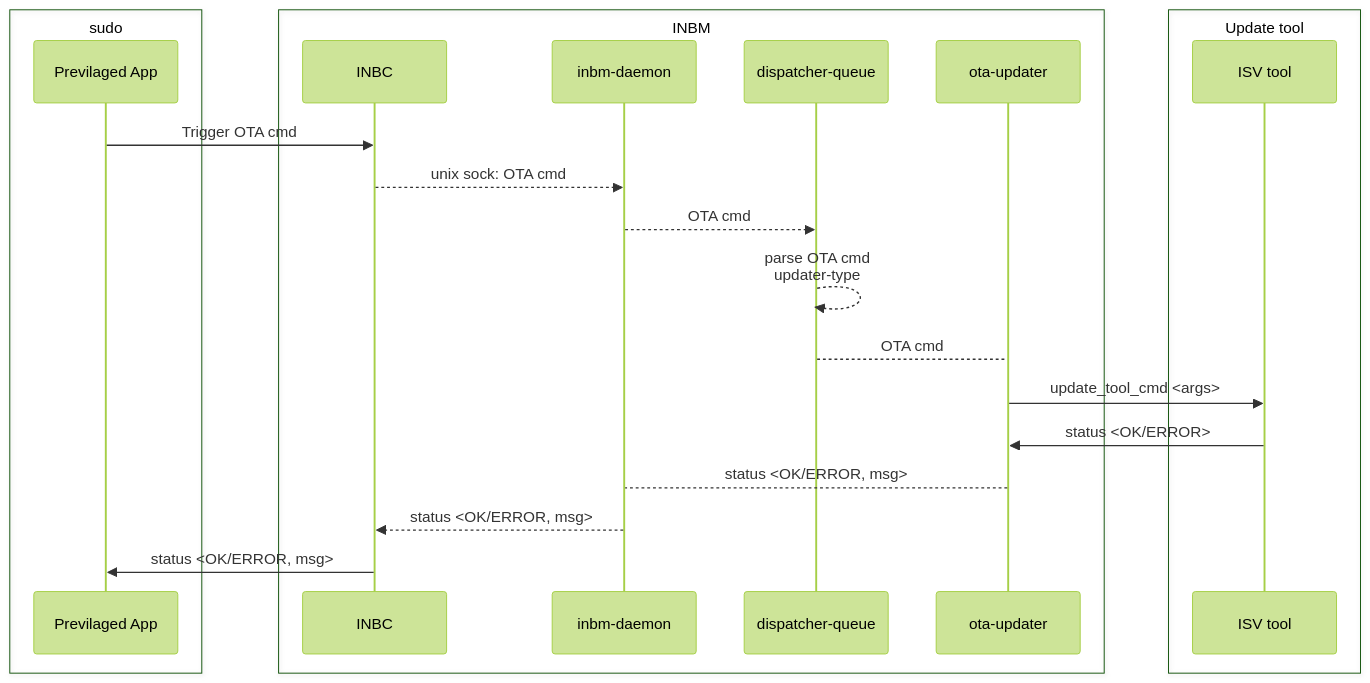
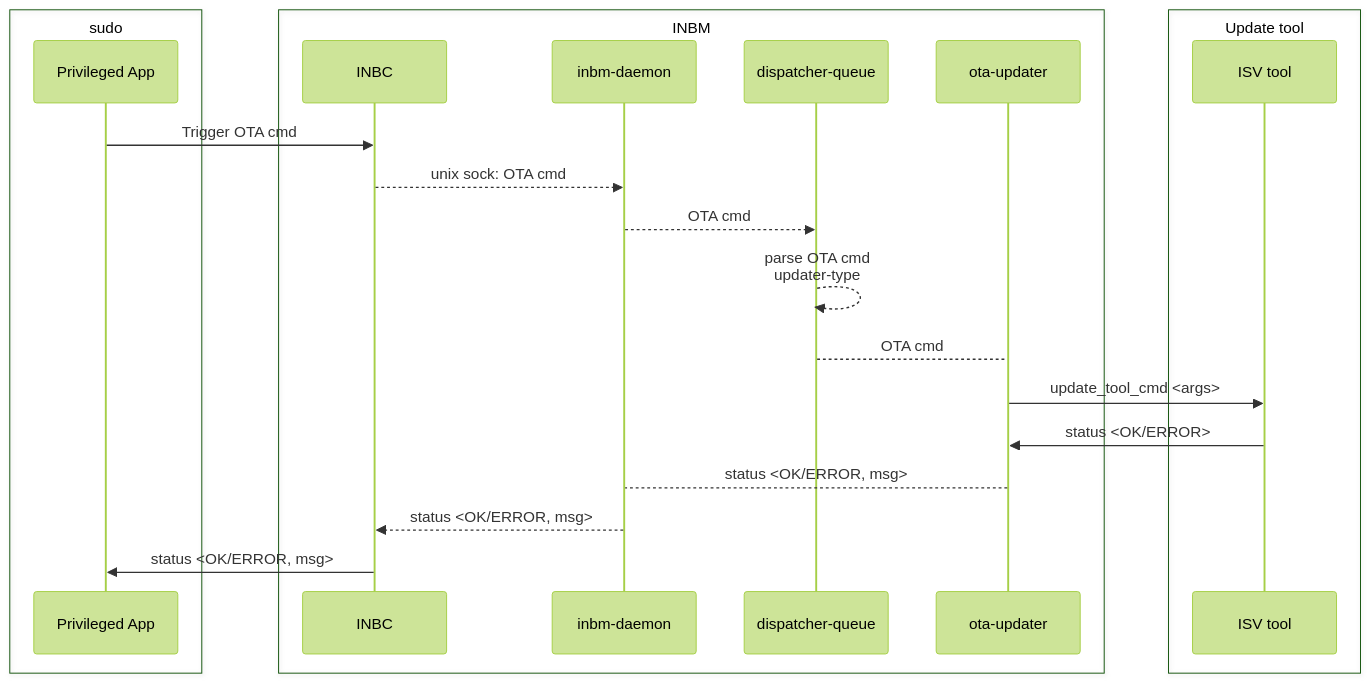
One commit to intel/intel-inb-manageability changed the second of 2 diagrams in inbm-v5.md. Above: the diagram before and after it, drawn with Mermaid (forest theme). The commit also changed other lines of this file, not shown here.

````diff
--- a/inbm-v5.md
+++ b/inbm-v5.md
@@ -161,29 +161,29 @@
 ```mermaid
 sequenceDiagram
   box sudo
-    participant sudo as Previlaged App
+    participant sudo as Privileged App
   end
   
   box INBM
     participant inbc as INBC
     participant inbmd as inbm-daemon
     participant dispQ as dispatcher-queue
     participant ota as ota-updater
   end
 
   box Update tool
     participant isv as ISV tool
   end 
   
   sudo ->> inbc : Trigger OTA cmd
   inbc -->> inbmd : unix sock: OTA cmd
   inbmd -->> dispQ : OTA cmd
   dispQ -->> dispQ : parse OTA cmd <br/> updater-type
   dispQ --> ota : OTA cmd
   ota ->> isv : update_tool_cmd <args>
   isv ->> ota : status <OK/ERROR>
   ota --> inbmd: status <OK/ERROR, msg>
   inbmd -->> inbc : status <OK/ERROR, msg>
   inbc ->> sudo : status <OK/ERROR, msg>
 
 ```
````
